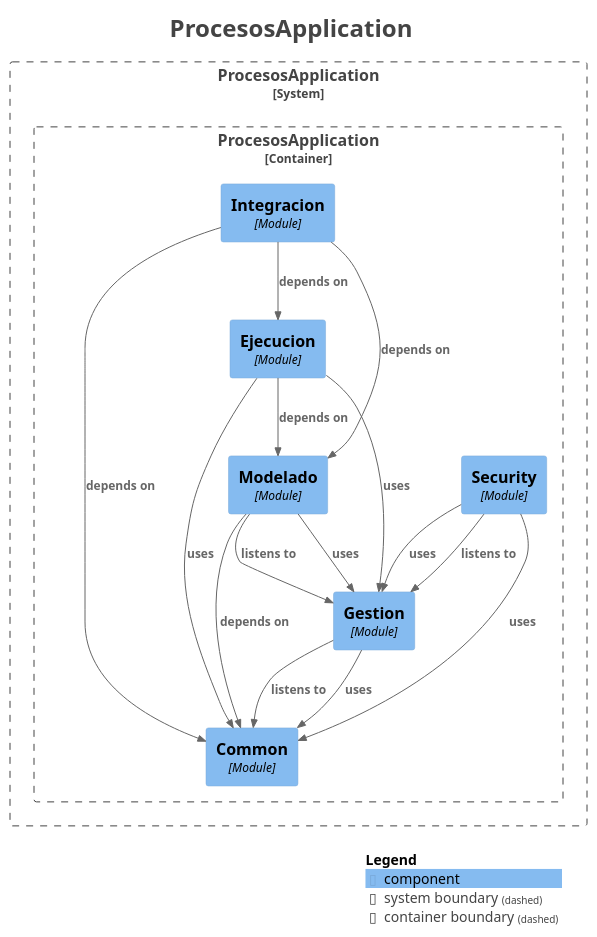
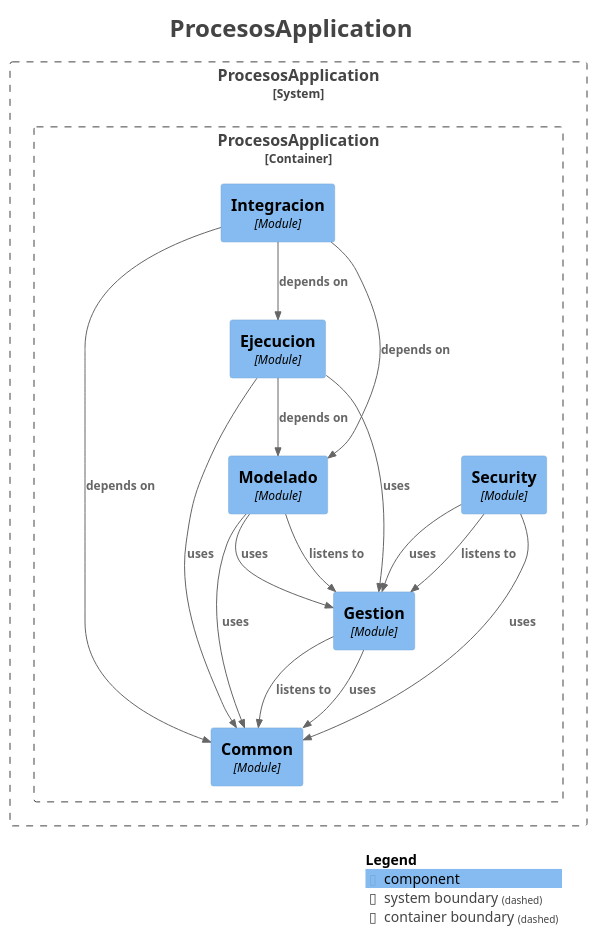
The diagram in docs/modules/components.puml (AndresContreras1/bpmn-process-manager-api), drawn with PlantUML before and after one commit. The commit also changed 26 other files, not shown here.

```diff
--- a/docs/modules/components.puml
+++ b/docs/modules/components.puml
@@ -1,47 +1,47 @@
 @startuml
 title <size:24>ProcesosApplication</size>
 
 set separator none
 top to bottom direction
 
 <style>
   root {
     BackgroundColor: #ffffff
     FontColor: #444444
   }
 </style>
 
 !include <C4/C4>
 !include <C4/C4_Context>
 !include <C4/C4_Component>
 
 System_Boundary("ProcesosApplication_boundary", "ProcesosApplication", $tags="") {
   Container_Boundary("ProcesosApplication.ProcesosApplication_boundary", "ProcesosApplication", $tags="") {
     Component(ProcesosApplication.ProcesosApplication.Common, "Common", $techn="Module", $descr="", $tags="", $link="")
     Component(ProcesosApplication.ProcesosApplication.Gestion, "Gestion", $techn="Module", $descr="", $tags="", $link="")
     Component(ProcesosApplication.ProcesosApplication.Modelado, "Modelado", $techn="Module", $descr="", $tags="", $link="")
     Component(ProcesosApplication.ProcesosApplication.Security, "Security", $techn="Module", $descr="", $tags="", $link="")
     Component(ProcesosApplication.ProcesosApplication.Ejecucion, "Ejecucion", $techn="Module", $descr="", $tags="", $link="")
     Component(ProcesosApplication.ProcesosApplication.Integracion, "Integracion", $techn="Module", $descr="", $tags="", $link="")
   }
 
 }
 
+Rel(ProcesosApplication.ProcesosApplication.Modelado, ProcesosApplication.ProcesosApplication.Gestion, "uses", $techn="", $tags="", $link="")
+Rel(ProcesosApplication.ProcesosApplication.Modelado, ProcesosApplication.ProcesosApplication.Common, "uses", $techn="", $tags="", $link="")
+Rel(ProcesosApplication.ProcesosApplication.Integracion, ProcesosApplication.ProcesosApplication.Ejecucion, "depends on", $techn="", $tags="", $link="")
+Rel(ProcesosApplication.ProcesosApplication.Integracion, ProcesosApplication.ProcesosApplication.Modelado, "depends on", $techn="", $tags="", $link="")
+Rel(ProcesosApplication.ProcesosApplication.Integracion, ProcesosApplication.ProcesosApplication.Common, "depends on", $techn="", $tags="", $link="")
+Rel(ProcesosApplication.ProcesosApplication.Security, ProcesosApplication.ProcesosApplication.Gestion, "listens to", $techn="", $tags="", $link="")
+Rel(ProcesosApplication.ProcesosApplication.Security, ProcesosApplication.ProcesosApplication.Gestion, "uses", $techn="", $tags="", $link="")
+Rel(ProcesosApplication.ProcesosApplication.Security, ProcesosApplication.ProcesosApplication.Common, "uses", $techn="", $tags="", $link="")
+Rel(ProcesosApplication.ProcesosApplication.Gestion, ProcesosApplication.ProcesosApplication.Common, "listens to", $techn="", $tags="", $link="")
+Rel(ProcesosApplication.ProcesosApplication.Gestion, ProcesosApplication.ProcesosApplication.Common, "uses", $techn="", $tags="", $link="")
 Rel(ProcesosApplication.ProcesosApplication.Ejecucion, ProcesosApplication.ProcesosApplication.Modelado, "depends on", $techn="", $tags="", $link="")
 Rel(ProcesosApplication.ProcesosApplication.Ejecucion, ProcesosApplication.ProcesosApplication.Common, "uses", $techn="", $tags="", $link="")
 Rel(ProcesosApplication.ProcesosApplication.Ejecucion, ProcesosApplication.ProcesosApplication.Gestion, "uses", $techn="", $tags="", $link="")
-Rel(ProcesosApplication.ProcesosApplication.Gestion, ProcesosApplication.ProcesosApplication.Common, "listens to", $techn="", $tags="", $link="")
-Rel(ProcesosApplication.ProcesosApplication.Gestion, ProcesosApplication.ProcesosApplication.Common, "uses", $techn="", $tags="", $link="")
-Rel(ProcesosApplication.ProcesosApplication.Security, ProcesosApplication.ProcesosApplication.Gestion, "listens to", $techn="", $tags="", $link="")
-Rel(ProcesosApplication.ProcesosApplication.Security, ProcesosApplication.ProcesosApplication.Gestion, "uses", $techn="", $tags="", $link="")
-Rel(ProcesosApplication.ProcesosApplication.Security, ProcesosApplication.ProcesosApplication.Common, "uses", $techn="", $tags="", $link="")
 Rel(ProcesosApplication.ProcesosApplication.Modelado, ProcesosApplication.ProcesosApplication.Gestion, "listens to", $techn="", $tags="", $link="")
-Rel(ProcesosApplication.ProcesosApplication.Modelado, ProcesosApplication.ProcesosApplication.Common, "depends on", $techn="", $tags="", $link="")
-Rel(ProcesosApplication.ProcesosApplication.Modelado, ProcesosApplication.ProcesosApplication.Gestion, "uses", $techn="", $tags="", $link="")
-Rel(ProcesosApplication.ProcesosApplication.Integracion, ProcesosApplication.ProcesosApplication.Ejecucion, "depends on", $techn="", $tags="", $link="")
-Rel(ProcesosApplication.ProcesosApplication.Integracion, ProcesosApplication.ProcesosApplication.Modelado, "depends on", $techn="", $tags="", $link="")
-Rel(ProcesosApplication.ProcesosApplication.Integracion, ProcesosApplication.ProcesosApplication.Common, "depends on", $techn="", $tags="", $link="")
 
 SHOW_LEGEND(true)
 hide stereotypes
 @enduml
```
